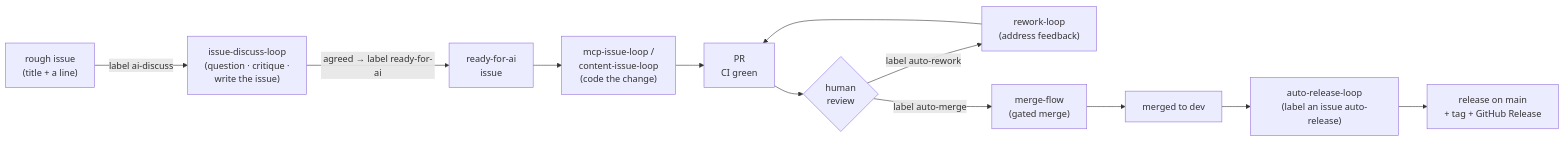
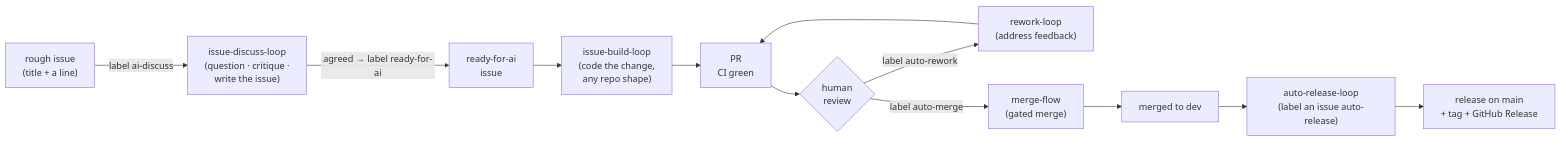
One commit to hifi-phil/umbraco-mcp-ops changed the first of 3 diagrams in docs/self-learning-system.md. Above: the diagram before and after it, drawn with Mermaid. The commit also changed other lines of this file and 19 other files, not shown here.

First line of the commit message:
refactor(mcp-issue-loop): merge content-issue-loop into issue-build-loop (#85)

````diff
--- a/docs/self-learning-system.md
+++ b/docs/self-learning-system.md
@@ -12,14 +12,14 @@
 ```mermaid
 flowchart LR
     STUB["rough issue<br/>(title + a line)"] -->|"label ai-discuss"| DISCUSS["issue-discuss-loop<br/>(question · critique ·<br/>write the issue)"]
     DISCUSS -->|"agreed → label ready-for-ai"| ISSUE
-    ISSUE["ready-for-ai<br/>issue"] --> CODE["mcp-issue-loop /<br/>content-issue-loop<br/>(code the change)"]
+    ISSUE["ready-for-ai<br/>issue"] --> CODE["issue-build-loop<br/>(code the change,<br/>any repo shape)"]
     CODE --> PR["PR<br/>CI green"]
     PR --> REVIEW{"human<br/>review"}
     REVIEW -->|"label auto-rework"| REWORK["rework-loop<br/>(address feedback)"]
     REWORK --> PR
     REVIEW -->|"label auto-merge"| MERGE["merge-flow<br/>(gated merge)"]
     MERGE --> MERGED["merged to dev"]
     MERGED --> REL["auto-release-loop<br/>(label an issue auto-release)"]
     REL --> SHIP["release on main<br/>+ tag + GitHub Release"]
 ```
````
